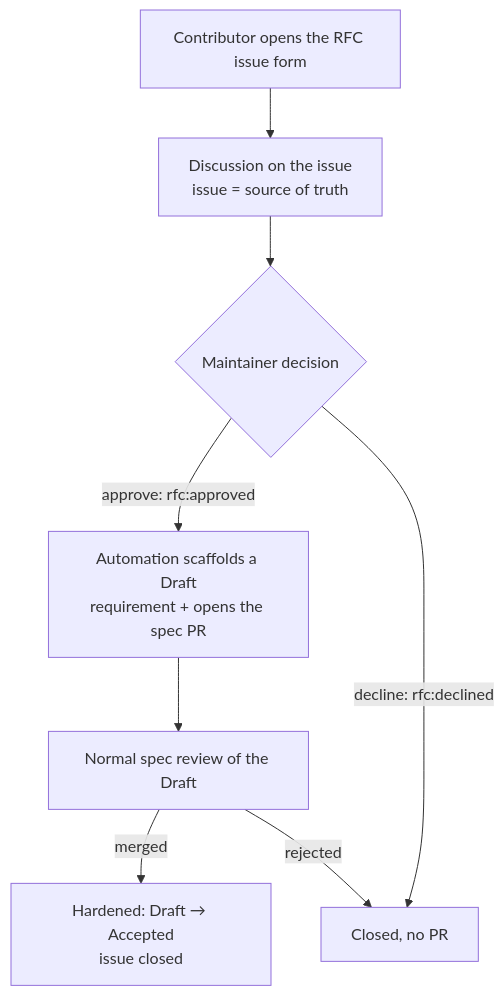
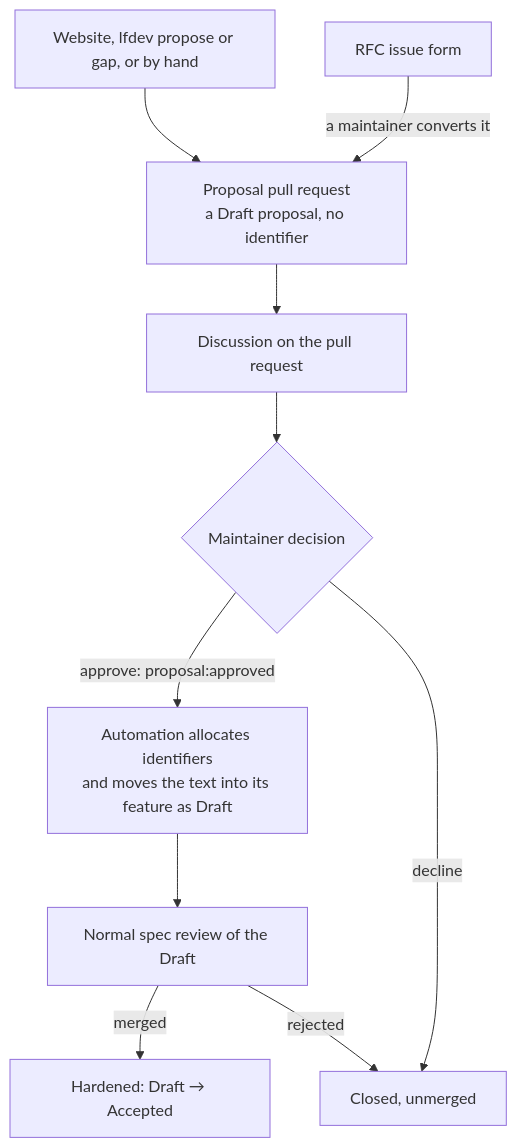
One commit to lemonfiber/spec changed the diagram in 50-governance/rfc-process.md. Above: the diagram before and after it, drawn with Mermaid. The commit also changed other lines of this file and 4 other files, not shown here.

First line of the commit message:
docs(governance): proposals are pull requests, and the contributor's tools (#694)

````diff
--- a/50-governance/rfc-process.md
+++ b/50-governance/rfc-process.md
@@ -27,10 +35,12 @@
 ```mermaid
 flowchart TD
-    form[Contributor opens the RFC issue form] --> disc[Discussion on the issue<br/>issue = source of truth]
+    web[Website, lfdev propose or gap, or by hand] --> pr[Proposal pull request<br/>a Draft proposal, no identifier]
+    form[RFC issue form] -->|a maintainer converts it| pr
+    pr --> disc[Discussion on the pull request]
     disc --> dec{Maintainer decision}
-    dec -->|approve: rfc:approved| scaffold[Automation scaffolds a Draft<br/>requirement + opens the spec PR]
-    dec -->|decline: rfc:declined| closed[Closed, no PR]
-    scaffold --> review[Normal spec review of the Draft]
-    review -->|merged| hard[Hardened: Draft → Accepted<br/>issue closed]
+    dec -->|approve: proposal:approved| alloc[Automation allocates identifiers<br/>and moves the text into its feature as Draft]
+    dec -->|decline| closed[Closed, unmerged]
+    alloc --> review[Normal spec review of the Draft]
+    review -->|merged| hard[Hardened: Draft → Accepted]
     review -->|rejected| closed
 ```
````
